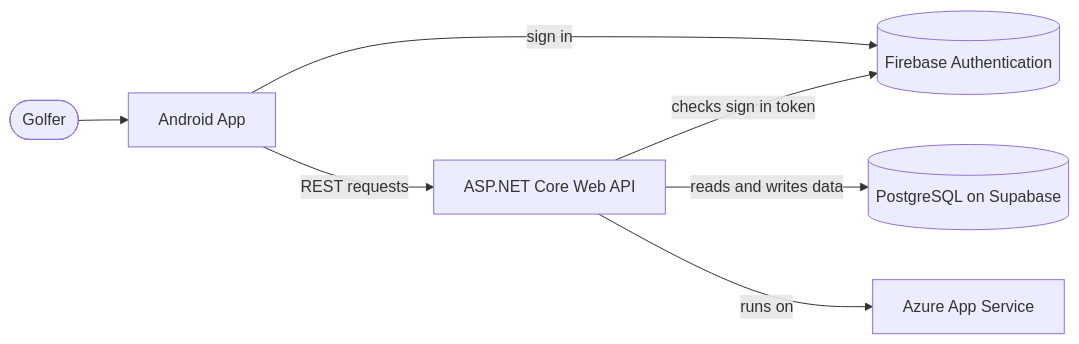
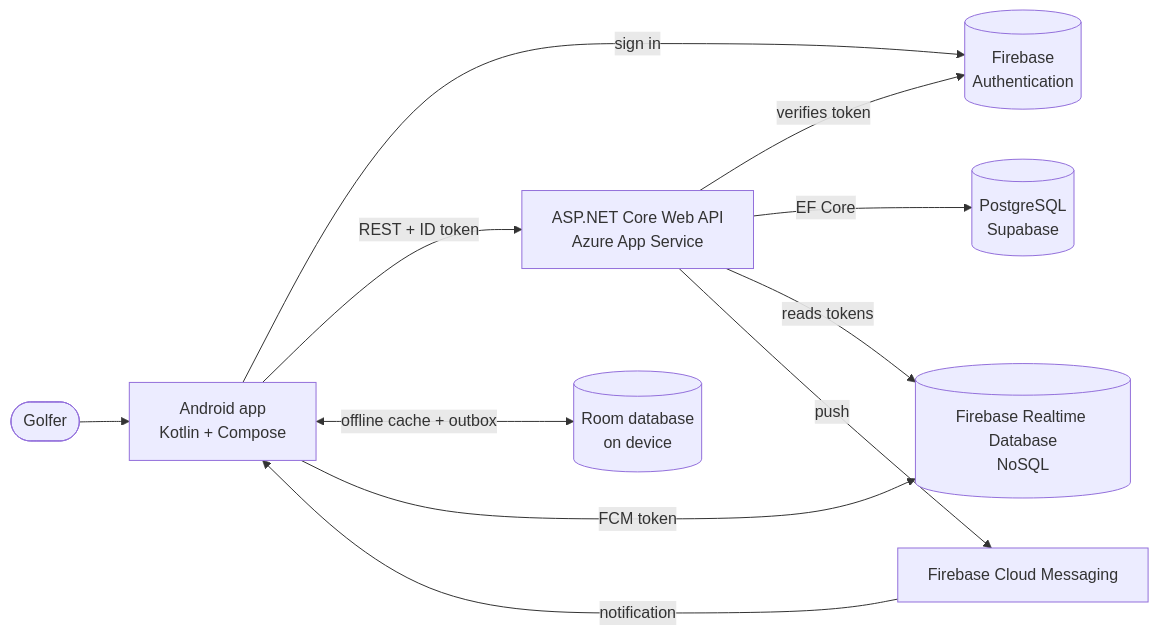
The diagram in README.md (Matthew-Klette/Android-TeeUp), drawn with Mermaid before and after one commit. The commit also changed other lines of this file and 191 other files, not shown here.

First line of the commit message:
feat: TeeUp final POE release: offline sync, push, partners, bulletproof GPS, real pars (#42)

````diff
--- a/README.md
+++ b/README.md
@@ -130,9 +170,13 @@
 ```mermaid
 flowchart LR
-    Golfer([Golfer]) --> App[Android App]
-    App -- sign in --> Auth[(Firebase Authentication)]
-    App -- REST requests --> API[ASP.NET Core Web API]
-    API -- checks sign in token --> Auth
-    API -- reads and writes data --> DB[(PostgreSQL on Supabase)]
-    API -- runs on --> Host[Azure App Service]
+    Golfer([Golfer]) --> App[Android app<br/>Kotlin + Compose]
+    App -- sign in --> Auth[(Firebase<br/>Authentication)]
+    App -- REST + ID token --> API[ASP.NET Core Web API<br/>Azure App Service]
+    App <-- offline cache + outbox --> Room[(Room database<br/>on device)]
+    App -- FCM token --> RTDB[(Firebase Realtime Database<br/>NoSQL)]
+    API -- verifies token --> Auth
+    API -- EF Core --> DB[(PostgreSQL<br/>Supabase)]
+    API -- reads tokens --> RTDB
+    API -- push --> FCM[Firebase Cloud Messaging]
+    FCM -- notification --> App
 ```
````
